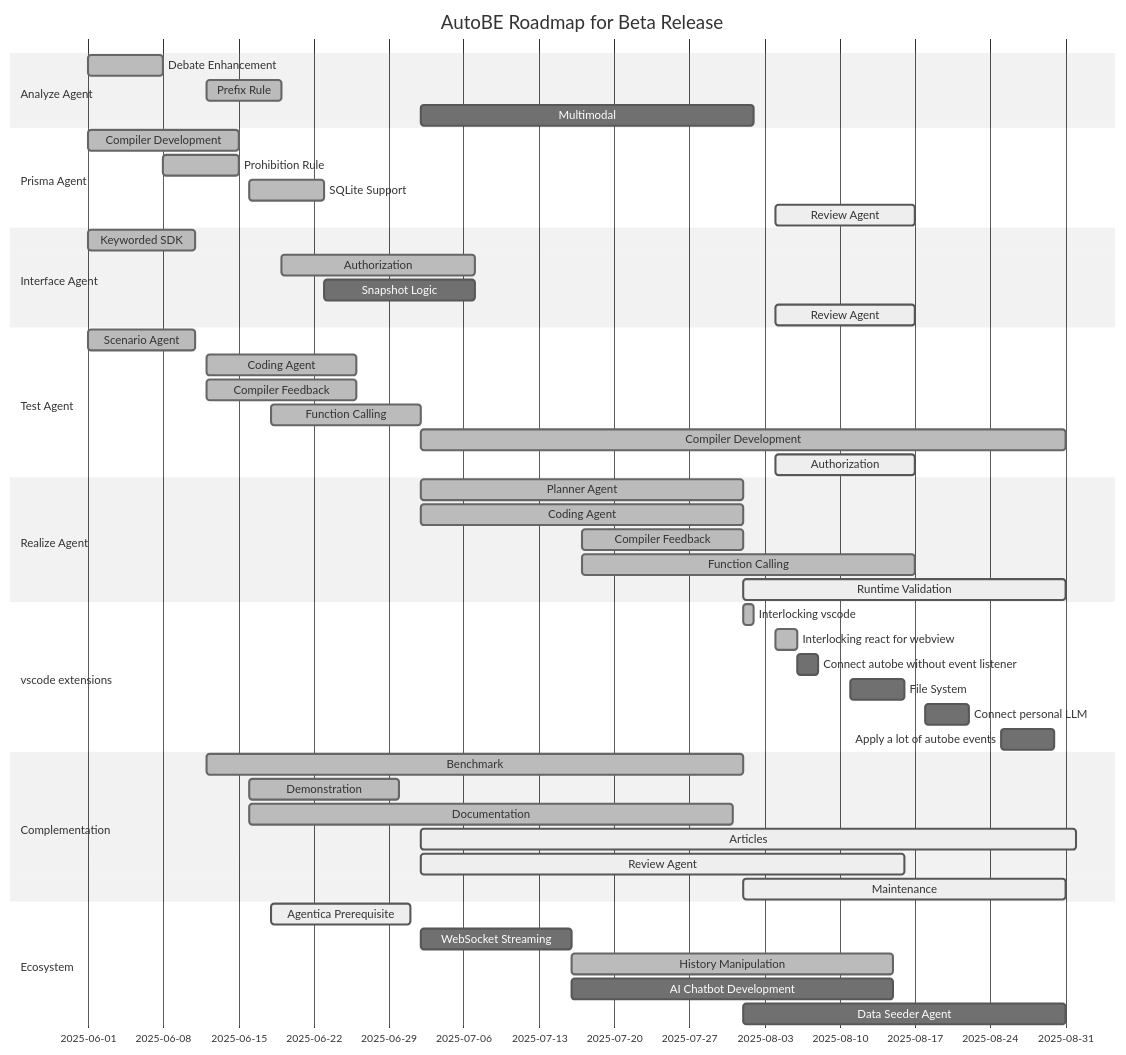
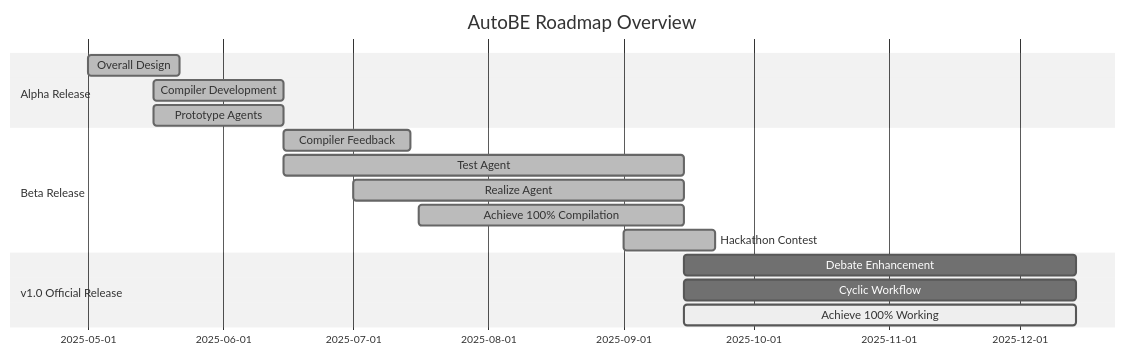
One commit to RavenView-ai/autobe changed the second of 2 diagrams in apps/playground-ui/README.md. Above: the diagram before and after it, drawn with Mermaid (neutral theme). The commit also changed other lines of this file and 11 other files, not shown here.

````diff
--- a/apps/playground-ui/README.md
+++ b/apps/playground-ui/README.md
@@ -181,60 +142,22 @@
 ```mermaid
 gantt
   dateFormat YYYY-MM-DD
-  title AutoBE Roadmap for Beta Release
+  title AutoBE Roadmap Overview
 
-  section Analyze Agent
-  Debate Enhancement: done,    2025-06-01,  7d
-  Prefix Rule:        done,    2025-06-12,  7d
-  Multimodal:         planned, 2025-07-02, 31d
+  section Alpha Release
+  Overall Design: done, 2025-05-01, 21d
+  Compiler Development: done, 2025-05-16, 30d
+  Prototype Agents: done, 2025-05-16, 30d
 
-  section Prisma Agent
-  Compiler Development: done, 2025-06-01, 14d
-  Prohibition Rule:     done, 2025-06-08,  7d
-  SQLite Support:       done, 2025-06-16,  7d
-  Review Agent:       active, 2025-08-04, 13d
+  section Beta Release
+  Compiler Feedback: done, 2025-06-15, 29d
+  Test Agent: done, 2025-06-15, 92d
+  Realize Agent: done, 2025-07-01, 76d
+  Achieve 100% Compilation: done, 2025-07-16, 61d
+  Hackathon Contest: done, 2025-09-01, 21d
 
-  section Interface Agent
-  Keyworded SDK:     done, 2025-06-01, 10d
-  Authorization:     done, 2025-06-19, 18d
-  Snapshot Logic: planned, 2025-06-23, 14d
-  Review Agent:    active, 2025-08-04, 13d
-
-  section Test Agent
-  Scenario Agent:       done, 2025-06-01, 10d        
-  Coding Agent:         done, 2025-06-12, 14d
-  Compiler Feedback:    done, 2025-06-12, 14d
-  Function Calling:     done, 2025-06-18, 14d
-  Compiler Development: done, 2025-07-02, 60d
-  Authorization:      active, 2025-08-04, 13d
-
-  section Realize Agent
-  Planner Agent:        done, 2025-07-02, 30d
-  Coding Agent:         done, 2025-07-02, 30d
-  Compiler Feedback:    done, 2025-07-17, 15d
-  Function Calling:     done, 2025-07-17, 31d
-  Runtime Validation: active, 2025-08-01, 30d
-
-  section vscode extensions
-  Interlocking vscode:                      done, 2025-08-01, 1d
-  Interlocking react for webview:           done, 2025-08-04, 2d
-  Connect autobe without event listener: planned, 2025-08-06, 2d
-  File System:                           planned, 2025-08-11, 5d
-  Connect personal LLM:                  planned, 2025-08-18, 4d
-  Apply a lot of autobe events:          planned, 2025-08-25, 5d 
-
-  section Complementation
-  Benchmark:     done,   2025-06-12, 50d
-  Demonstration: done,   2025-06-16, 14d
-  Documentation: done,   2025-06-16, 45d
-  Articles:      active, 2025-07-02, 61d
-  Review Agent:  active, 2025-07-02, 45d
-  Maintenance:   active, 2025-08-01, 30d
-
-  section Ecosystem
-  Agentica Prerequisite:  active,  2025-06-18, 13d
-  WebSocket Streaming:    planned, 2025-07-02, 14d
-  History Manipulation:   done,    2025-07-16, 30d
-  AI Chatbot Development: planned, 2025-07-16, 30d
-  Data Seeder Agent:      planned, 2025-08-01, 30d
+  section v1.0 Official Release
+  Debate Enhancement: planned, 2025-09-15, 90d
+  Cyclic Workflow: planned, 2025-09-15, 90d
+  Achieve 100% Working: active, 2025-09-15, 90d
 ```
````
